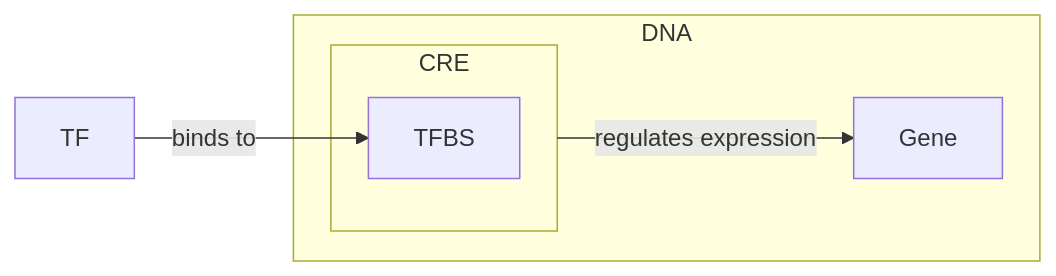
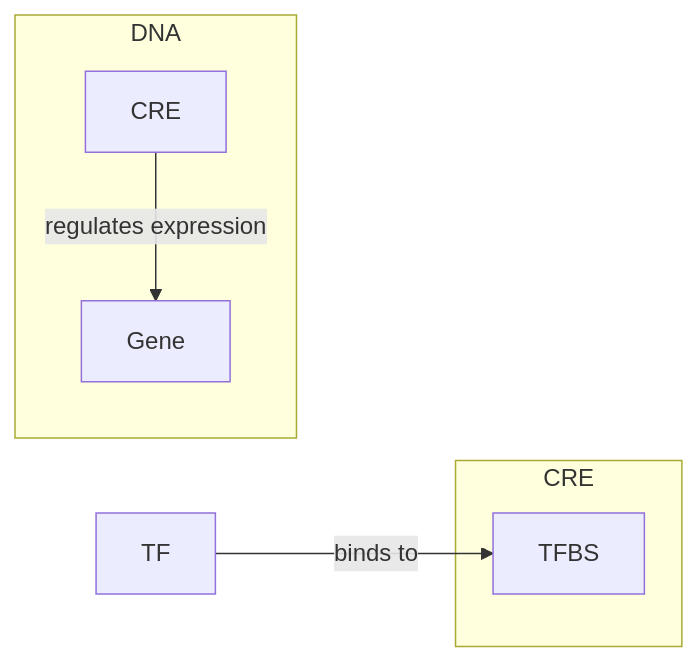
The diagram in _posts/2025-04-28-20205266.md (Yongsik-Lee/marl), drawn with Mermaid before and after one commit.

```diff
--- a/_posts/2025-04-28-20205266.md
+++ b/_posts/2025-04-28-20205266.md
@@ -79,18 +79,18 @@
 {% mermaid %}
 graph LR
 
   TF[TF] -->|binds to| TFBS[TFBS]
-  CRE -->|regulates expression| Gene[Gene]
+  CRE_Node[CRE] -->|regulates expression| Gene[Gene]
 
   subgraph DNA
     Gene
-    CRE
+    CRE_Node
   end
 
-  subgraph CRE["CRE"]
+  subgraph CRE_Group[CRE]
     TFBS
   end
 
   
 
 {% endmermaid %}
```
